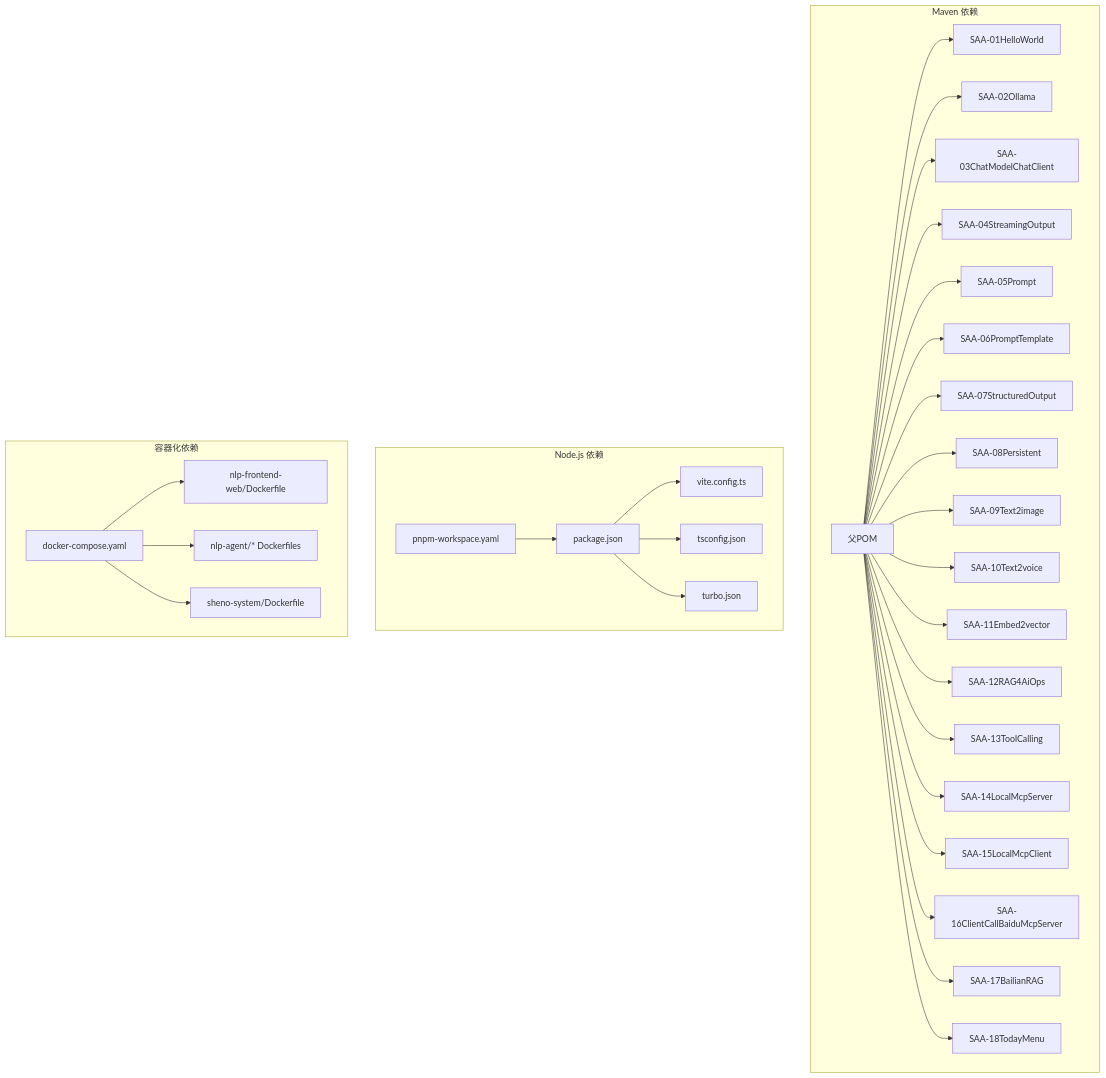
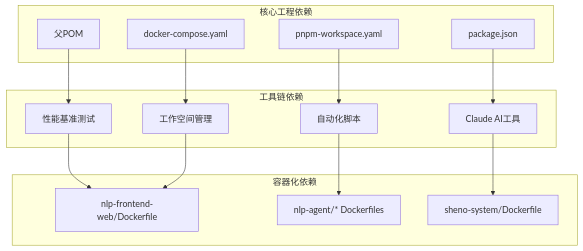
One commit to H2546285967/AiCode changed diagram 12 of 12 in .qoder/repowiki/zh/content/开发工具与环境.md. Above: the diagram before and after it, drawn with Mermaid. The commit also changed other lines of this file and 108 other files, not shown here.

````diff
--- a/.qoder/repowiki/zh/content/开发工具与环境.md
+++ b/.qoder/repowiki/zh/content/开发工具与环境.md
@@ -528,62 +582,28 @@
 ```mermaid
 graph TB
-subgraph "Maven 依赖"
+subgraph "核心工程依赖"
 MP["父POM"]
-M1["SAA-01HelloWorld"]
-M2["SAA-02Ollama"]
-M3["SAA-03ChatModelChatClient"]
-M4["SAA-04StreamingOutput"]
-M5["SAA-05Prompt"]
-M6["SAA-06PromptTemplate"]
-M7["SAA-07StructuredOutput"]
-M8["SAA-08Persistent"]
-M9["SAA-09Text2image"]
-M10["SAA-10Text2voice"]
-M11["SAA-11Embed2vector"]
-M12["SAA-12RAG4AiOps"]
-M13["SAA-13ToolCalling"]
-M14["SAA-14LocalMcpServer"]
-M15["SAA-15LocalMcpClient"]
-M16["SAA-16ClientCallBaiduMcpServer"]
-M17["SAA-17BailianRAG"]
-M18["SAA-18TodayMenu"]
-end
-subgraph "Node.js 依赖"
 NPM["pnpm-workspace.yaml"]
 PKG["package.json"]
-VITE["vite.config.ts"]
-TS["tsconfig.json"]
-TURBO["turbo.json"]
+DC["docker-compose.yaml"]
+end
+subgraph "工具链依赖"
+BT["性能基准测试"]
+AS["自动化脚本"]
+CA["Claude AI工具"]
+WS["工作空间管理"]
 end
 subgraph "容器化依赖"
-DC["docker-compose.yaml"]
 DF1["nlp-frontend-web/Dockerfile"]
 DF2["nlp-agent/* Dockerfiles"]
 DFS["sheno-system/Dockerfile"]
 end
-MP --> M1
-MP --> M2
-MP --> M3
-MP --> M4
-MP --> M5
-MP --> M6
-MP --> M7
-MP --> M8
-MP --> M9
-MP --> M10
-MP --> M11
-MP --> M12
-MP --> M13
-MP --> M14
-MP --> M15
-MP --> M16
-MP --> M17
-MP --> M18
-NPM --> PKG
-PKG --> VITE
-PKG --> TS
-PKG --> TURBO
-DC --> DF1
-DC --> DF2
-DC --> DFS
+MP --> BT
+NPM --> AS
+PKG --> CA
+DC --> WS
+BT --> DF1
+AS --> DF2
+CA --> DFS
+WS --> DF1
 ```
````
